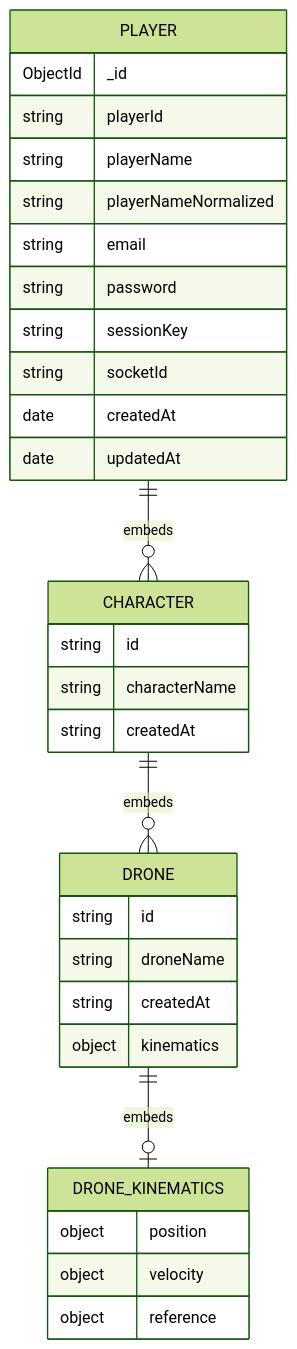
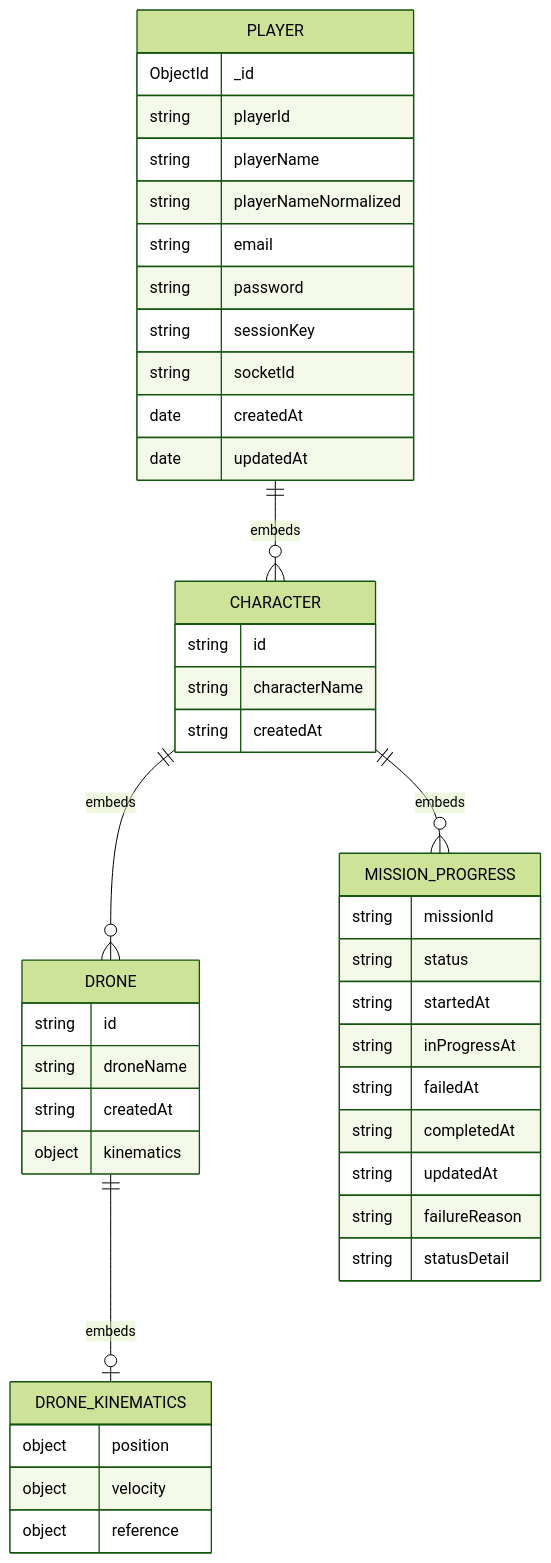
Before and after one commit to qagwaai/solid-train: the diagram in MONGODB_SCHEMA.md, drawn with Mermaid (forest theme). The commit also changed other lines of this file and 17 other files, not shown here.

````diff
--- a/MONGODB_SCHEMA.md
+++ b/MONGODB_SCHEMA.md
@@ -19,38 +20,51 @@
 ```mermaid
 erDiagram
   PLAYER ||--o{ CHARACTER : embeds
   CHARACTER ||--o{ DRONE : embeds
+  CHARACTER ||--o{ MISSION_PROGRESS : embeds
   DRONE ||--o| DRONE_KINEMATICS : embeds
 
   PLAYER {
     ObjectId _id
     string playerId
     string playerName
     string playerNameNormalized
     string email
     string password
     string sessionKey
     string socketId
     date createdAt
     date updatedAt
   }
 
   CHARACTER {
     string id
     string characterName
     string createdAt
   }
 
+  MISSION_PROGRESS {
+    string missionId
+    string status
+    string startedAt
+    string inProgressAt
+    string failedAt
+    string completedAt
+    string updatedAt
+    string failureReason
+    string statusDetail
+  }
+
   DRONE {
     string id
     string droneName
     string createdAt
     object kinematics
   }
 
   DRONE_KINEMATICS {
     object position
     object velocity
     object reference
   }
 ```
````
